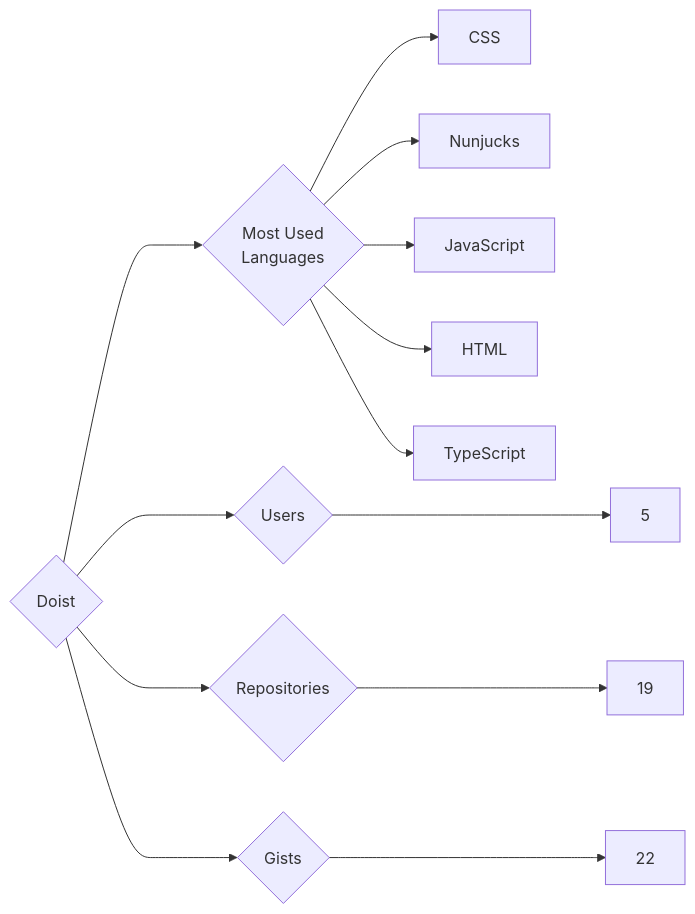
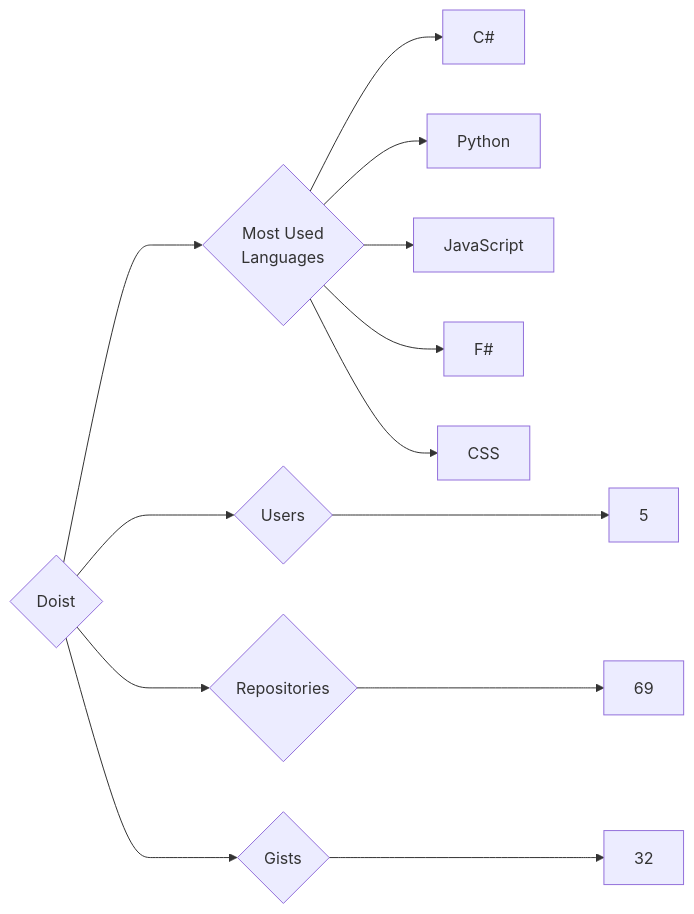
One commit to trickest/insiders changed the diagram in targets/Doist/README.md. Above: the diagram before and after it, drawn with Mermaid. The commit also changed 1088 other files, not shown here.

````diff
--- a/targets/Doist/README.md
+++ b/targets/Doist/README.md
@@ -3,13 +3,13 @@
 ```mermaid
 graph LR
 COMPANY_NAME{Doist}
 COMPANY_NAME ---> U{Users} ---> UN[5]
-COMPANY_NAME ---> R{Repositories} ---> RN[19]
-COMPANY_NAME ---> G{Gists} ---> GN[22]
+COMPANY_NAME ---> R{Repositories} ---> RN[69]
+COMPANY_NAME ---> G{Gists} ---> GN[32]
 COMPANY_NAME ---> ML{Most Used<br>Languages}
+ML --> C#[C#]
+ML --> Python[Python]
+ML --> JavaScript[JavaScript]
+ML --> F#[F#]
 ML --> CSS[CSS]
-ML --> Nunjucks[Nunjucks]
-ML --> JavaScript[JavaScript]
-ML --> HTML[HTML]
-ML --> TypeScript[TypeScript]
 ```
````
